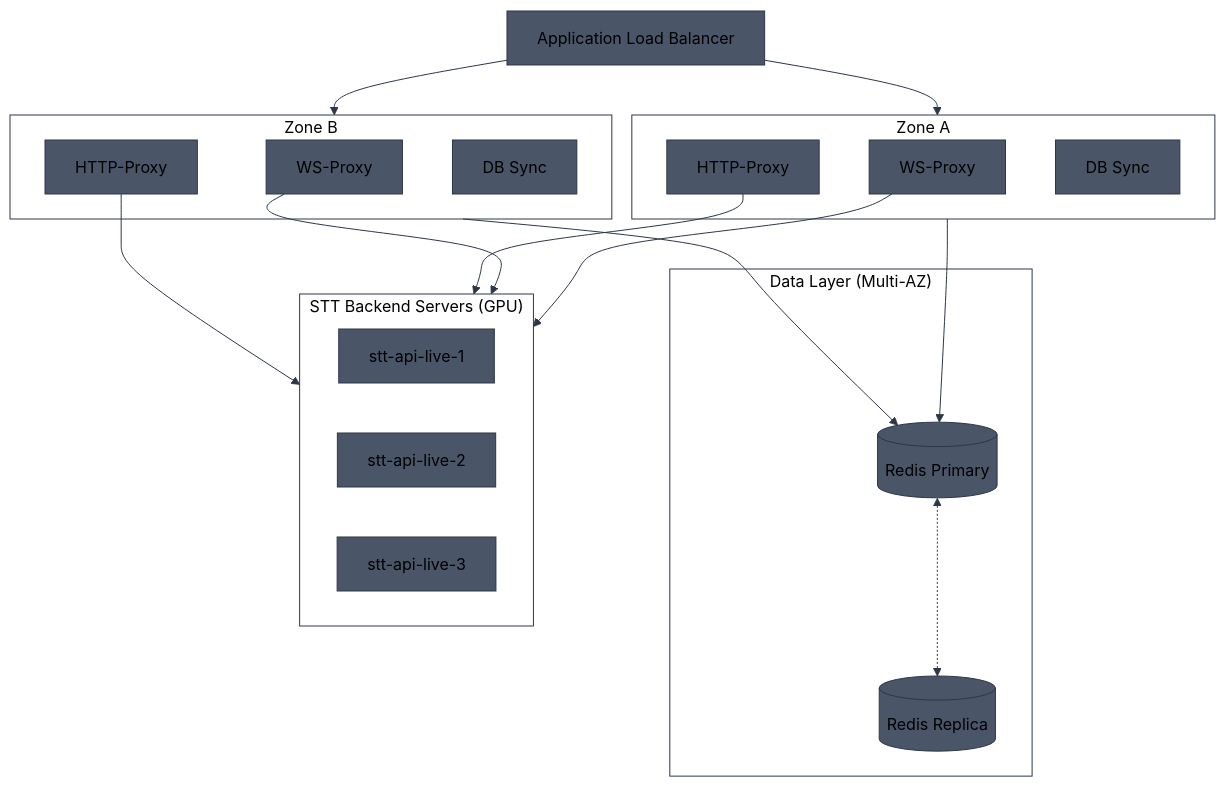
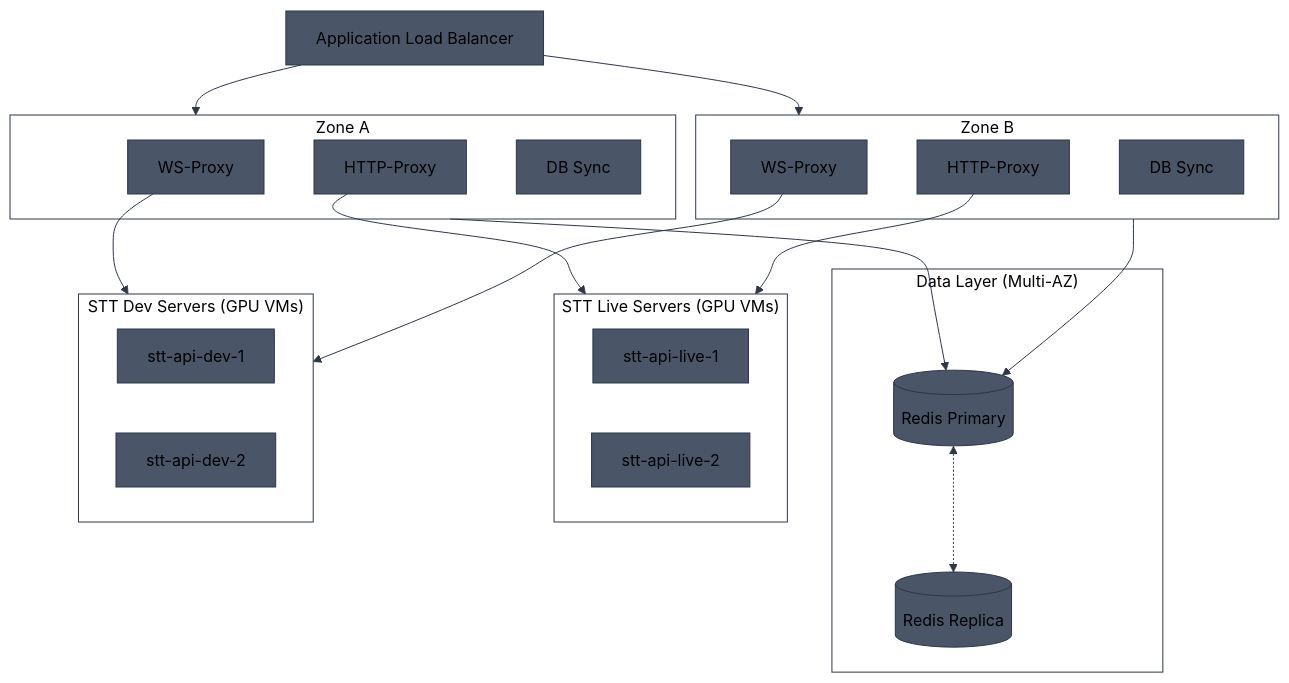
Before and after one commit to aldea-ai/infrastructure-docs: the fourth of 8 diagrams in diagrams/ecs-architecture.md, drawn with Mermaid. The commit also changed other lines of this file, not shown here.

Commit message:
Show separate STT backend server routing for HTTP vs WebSocket proxies

````diff
--- a/diagrams/ecs-architecture.md
+++ b/diagrams/ecs-architecture.md
@@ -136,33 +141,38 @@
 ```mermaid
 %%{init: {'theme': 'base', 'themeVariables': { 'primaryColor': '#4a5568', 'primaryTextColor': '#000', 'primaryBorderColor': '#2d3748', 'lineColor': '#2d3748', 'secondaryColor': '#5a6577', 'tertiaryColor': '#6b7280', 'clusterBkg': 'transparent', 'clusterBorder': '#2d3748', 'titleColor': '#000'}}}%%
 flowchart TB
     LB[Application Load Balancer]
 
     subgraph AZ_A["Zone A"]
         WS_A[WS-Proxy]
         HTTP_A[HTTP-Proxy]
         SQS_A[DB Sync]
     end
 
     subgraph AZ_B["Zone B"]
         WS_B[WS-Proxy]
         HTTP_B[HTTP-Proxy]
         SQS_B[DB Sync]
     end
 
     subgraph Data["Data Layer (Multi-AZ)"]
         REDIS_P[(Redis Primary)]
         REDIS_R[(Redis Replica)]
     end
 
-    subgraph STT["STT Backend Servers (GPU)"]
-        STT1[stt-api-live-1]
-        STT2[stt-api-live-2]
-        STT3[stt-api-live-3]
+    subgraph STT_Live["STT Live Servers (GPU VMs)"]
+        LIVE1[stt-api-live-1]
+        LIVE2[stt-api-live-2]
+    end
+
+    subgraph STT_Dev["STT Dev Servers (GPU VMs)"]
+        DEV1[stt-api-dev-1]
+        DEV2[stt-api-dev-2]
     end
 
     LB --> AZ_A & AZ_B
     AZ_A & AZ_B --> REDIS_P
     REDIS_P <-.-> REDIS_R
-    WS_A & WS_B & HTTP_A & HTTP_B --> STT
+    HTTP_A & HTTP_B --> STT_Live
+    WS_A & WS_B --> STT_Dev
 ```
````
